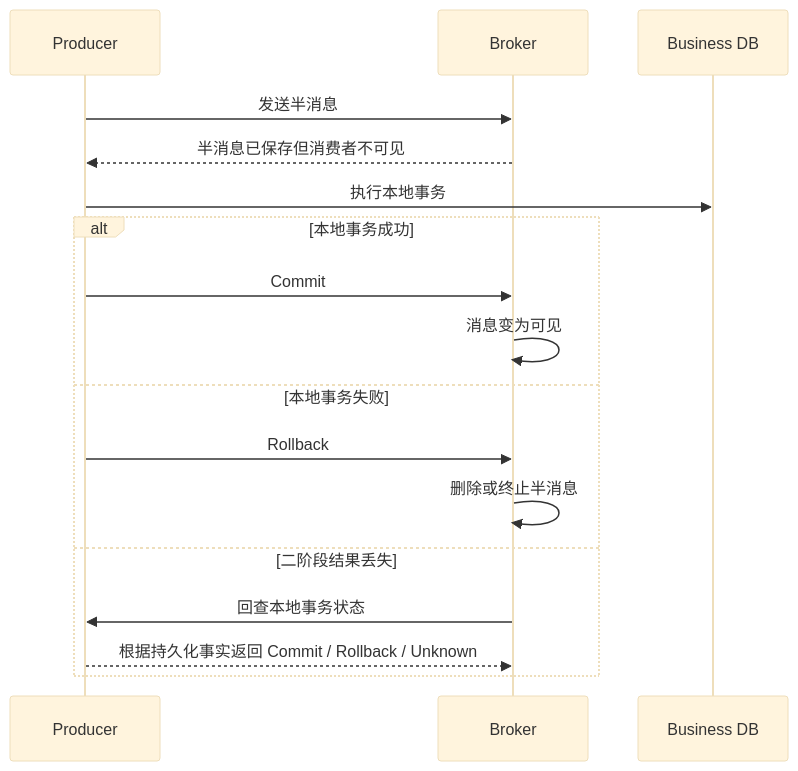
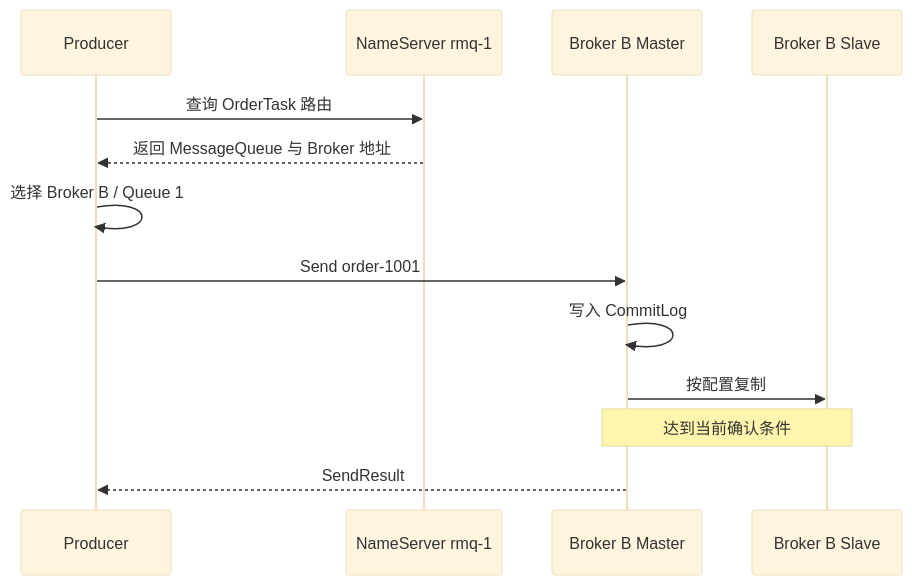
One commit to hotttao/backup changed the second of 3 diagrams in posts/microservices/queue/007_rocketmq.md. Above: the diagram before and after it, drawn with Mermaid (base theme). The commit also changed other lines of this file and 6 other files, not shown here.

````diff
--- a/posts/microservices/queue/007_rocketmq.md
+++ b/posts/microservices/queue/007_rocketmq.md
@@ -251,20 +144,16 @@
 ```mermaid
 sequenceDiagram
     participant P as Producer
-    participant B as Broker
-    participant DB as Business DB
+    participant NS as NameServer rmq-1
+    participant B as Broker B Master
+    participant S as Broker B Slave
 
-    P->>B: 发送半消息
-    B-->>P: 半消息已保存但消费者不可见
-    P->>DB: 执行本地事务
-    alt 本地事务成功
-        P->>B: Commit
-        B->>B: 消息变为可见
-    else 本地事务失败
-        P->>B: Rollback
-        B->>B: 删除或终止半消息
-    else 二阶段结果丢失
-        B->>P: 回查本地事务状态
-        P-->>B: 根据持久化事实返回 Commit / Rollback / Unknown
-    end
+    P->>NS: 查询 OrderTask 路由
+    NS-->>P: 返回 MessageQueue 与 Broker 地址
+    P->>P: 选择 Broker B / Queue 1
+    P->>B: Send order-1001
+    B->>B: 写入 CommitLog
+    B->>S: 按配置复制
+    Note over B,S: 达到当前确认条件
+    B-->>P: SendResult
 ```
````
